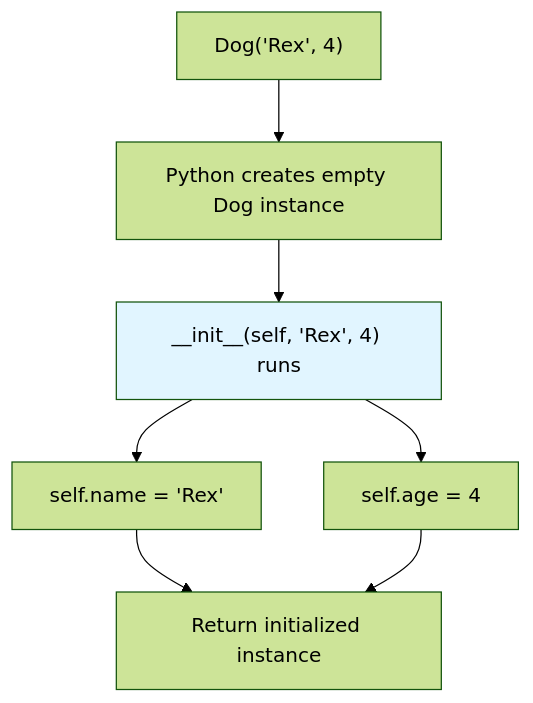
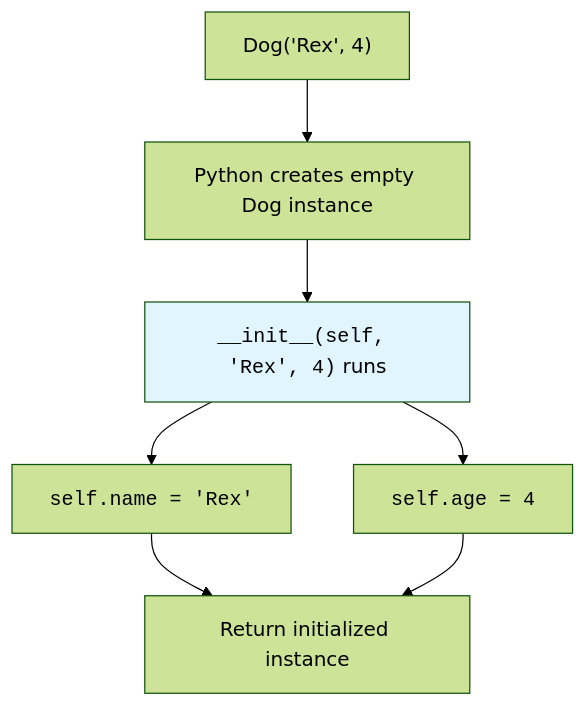
Before and after one commit to dataslope/dataslope: the first of 2 diagrams in content/learn/python-basics/classes.mdx, drawn with Mermaid (forest theme). The commit also changed 218 other files, not shown here.

First line of the commit message:
Render code-only mermaid shapes in monospace; convert step sequences to Steps (#467)

````diff
--- a/content/learn/python-basics/classes.mdx
+++ b/content/learn/python-basics/classes.mdx
@@ -67,10 +67,10 @@
 ```mermaid
 flowchart TD
     A["Dog('Rex', 4)"] --> B[Python creates empty Dog instance]
-    B --> C["__init__(self, 'Rex', 4) runs"]
-    C --> D["self.name = 'Rex'"]
-    C --> E["self.age = 4"]
+    B --> C["<code>__init__(self, 'Rex', 4)</code> runs"]
+    C --> D["<code>self.name = 'Rex'</code>"]
+    C --> E["<code>self.age = 4</code>"]
     D --> F[Return initialized instance]
     E --> F
     style C fill:#e1f5ff
 ```
````
